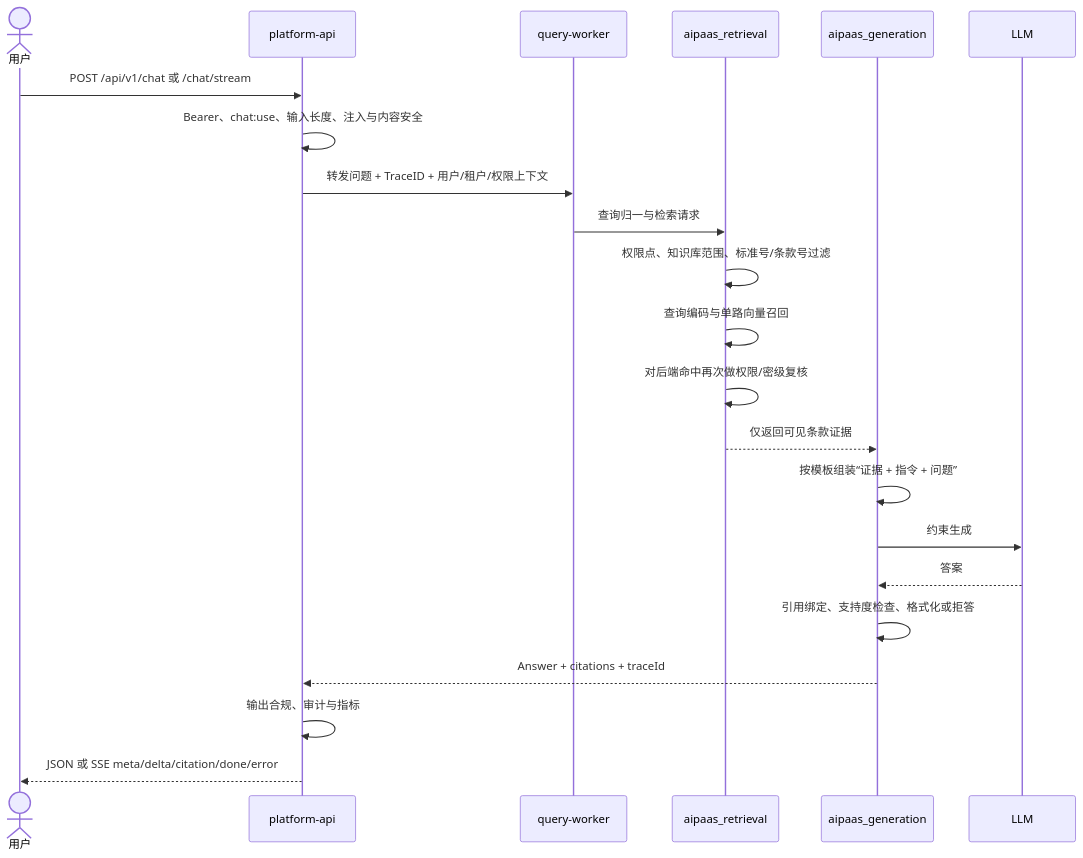
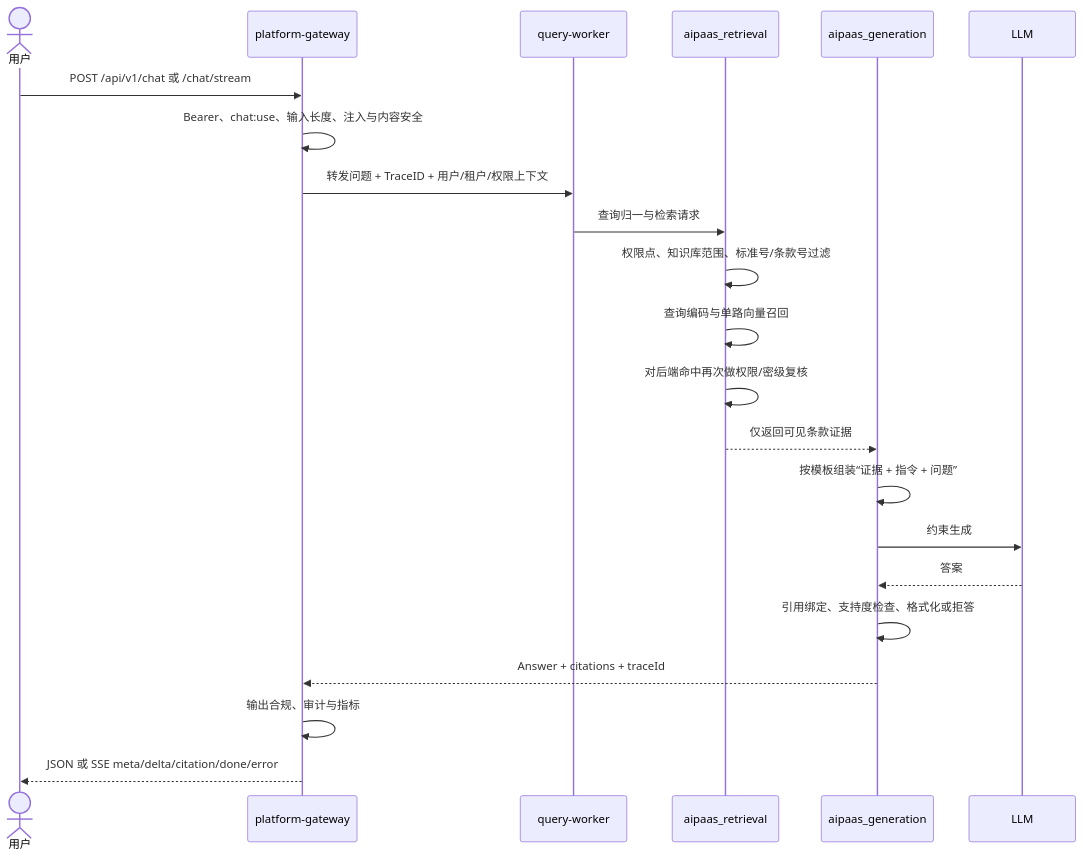
Before and after one commit to aiworld0927/aipaas: the third of 3 diagrams in docs/03_架构说明.md, drawn with Mermaid. The commit also changed other lines of this file and 218 other files, not shown here.

````diff
--- a/docs/03_架构说明.md
+++ b/docs/03_架构说明.md
@@ -158,25 +162,25 @@
 ```mermaid
 sequenceDiagram
     actor U as 用户
-    participant J as platform-api
+    participant J as platform-gateway
     participant Q as query-worker
     participant R as aipaas_retrieval
     participant G as aipaas_generation
     participant M as LLM
 
     U->>J: POST /api/v1/chat 或 /chat/stream
     J->>J: Bearer、chat:use、输入长度、注入与内容安全
     J->>Q: 转发问题 + TraceID + 用户/租户/权限上下文
     Q->>R: 查询归一与检索请求
     R->>R: 权限点、知识库范围、标准号/条款号过滤
     R->>R: 查询编码与单路向量召回
     R->>R: 对后端命中再次做权限/密级复核
     R-->>G: 仅返回可见条款证据
     G->>G: 按模板组装“证据 + 指令 + 问题”
     G->>M: 约束生成
     M-->>G: 答案
     G->>G: 引用绑定、支持度检查、格式化或拒答
     G-->>J: Answer + citations + traceId
     J->>J: 输出合规、审计与指标
     J-->>U: JSON 或 SSE meta/delta/citation/done/error
 ```
````
